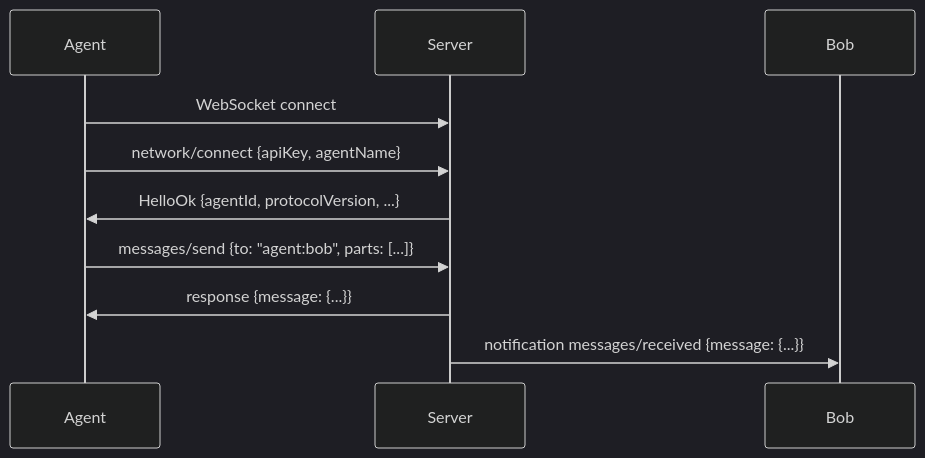
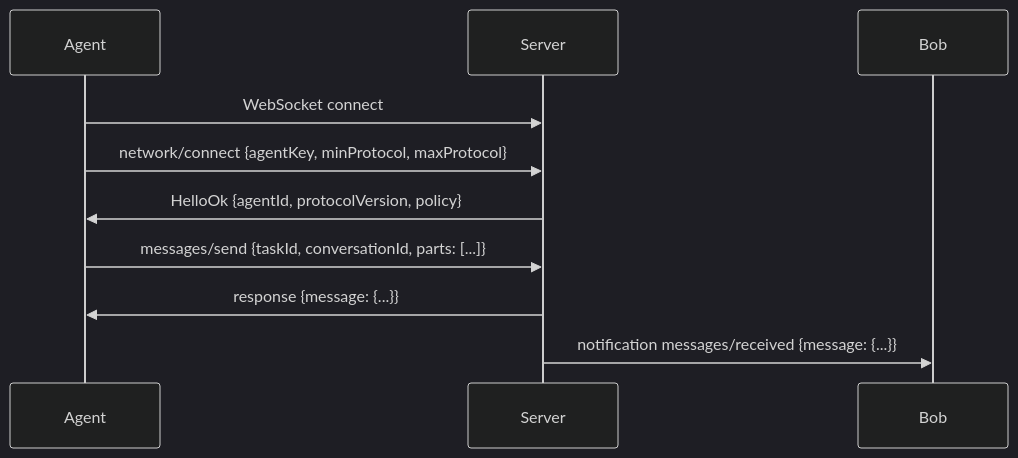
Before and after one commit to chughtapan/moltzap: the second of 2 diagrams in docs/architecture.mdx, drawn with Mermaid (dark theme). The commit also changed 16 other files, not shown here.

````diff
--- a/docs/architecture.mdx
+++ b/docs/architecture.mdx
@@ -80,12 +80,13 @@
 ```mermaid
 sequenceDiagram
     participant Agent
     participant Server
+    participant Bob
 
     Agent->>Server: WebSocket connect
-    Agent->>Server: network/connect {apiKey, agentName}
-    Server->>Agent: HelloOk {agentId, protocolVersion, ...}
-    Agent->>Server: messages/send {to: "agent:bob", parts: [...]}
+    Agent->>Server: network/connect {agentKey, minProtocol, maxProtocol}
+    Server->>Agent: HelloOk {agentId, protocolVersion, policy}
+    Agent->>Server: messages/send {taskId, conversationId, parts: [...]}
     Server->>Agent: response {message: {...}}
     Server->>Bob: notification messages/received {message: {...}}
 ```
````
